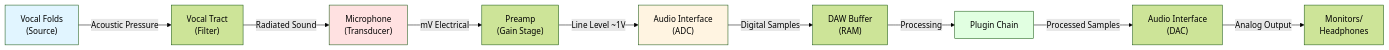
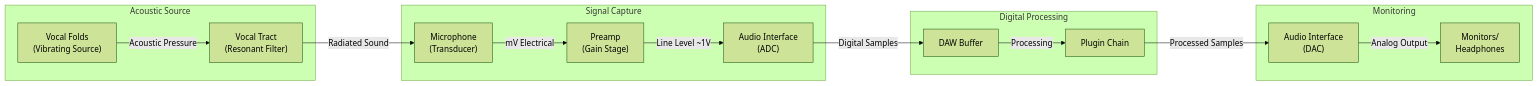
The first of 7 diagrams in topics/arts/music_performance/vocals/labs.md (blebleblee/synapse), drawn with Mermaid (forest theme) before and after one commit. The commit also changed other lines of this file and 4 other files, not shown here.

````diff
--- a/topics/arts/music_performance/vocals/labs.md
+++ b/topics/arts/music_performance/vocals/labs.md
@@ -36,16 +34,32 @@
 ```mermaid
 graph LR
-    A["Vocal Folds<br/>(Source)"] -->|"Acoustic Pressure"| B["Vocal Tract<br/>(Filter)"]
-    B -->|"Radiated Sound"| C["Microphone<br/>(Transducer)"]
-    C -->|"mV Electrical"| D["Preamp<br/>(Gain Stage)"]
-    D -->|"Line Level ~1V"| E["Audio Interface<br/>(ADC)"]
-    E -->|"Digital Samples"| F["DAW Buffer<br/>(RAM)"]
-    F -->|"Processing"| G["Plugin Chain"]
-    G -->|"Processed Samples"| H["Audio Interface<br/>(DAC)"]
-    H -->|"Analog Output"| I["Monitors/<br/>Headphones"]
+    subgraph sub_source ["Acoustic Source"]
+        A["Vocal Folds<br/>(Vibrating Source)"]
+        B["Vocal Tract<br/>(Resonant Filter)"]
+    end
     
-    style A fill:#e1f5ff
-    style C fill:#ffe1e1
-    style E fill:#fff4e1
-    style G fill:#e1ffe1
+    subgraph sub_capture ["Signal Capture"]
+        C["Microphone<br/>(Transducer)"]
+        D["Preamp<br/>(Gain Stage)"]
+        E["Audio Interface<br/>(ADC)"]
+    end
+    
+    subgraph sub_digital ["Digital Processing"]
+        F["DAW Buffer"]
+        G["Plugin Chain"]
+    end
+    
+    subgraph sub_output ["Monitoring"]
+        H["Audio Interface<br/>(DAC)"]
+        I["Monitors/<br/>Headphones"]
+    end
+    
+    A -->|"Acoustic Pressure"| B
+    B -->|"Radiated Sound"| C
+    C -->|"mV Electrical"| D
+    D -->|"Line Level ~1V"| E
+    E -->|"Digital Samples"| F
+    F -->|"Processing"| G
+    G -->|"Processed Samples"| H
+    H -->|"Analog Output"| I
 ```
````
